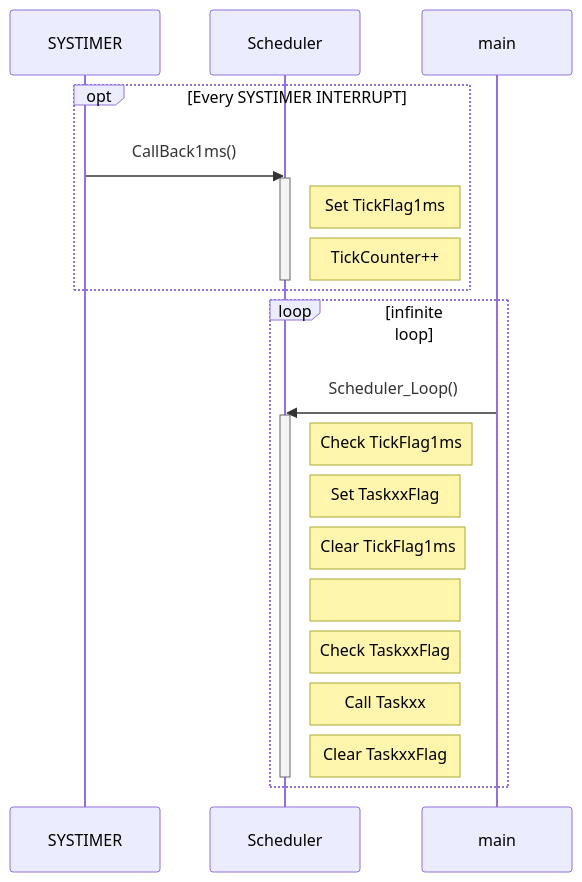
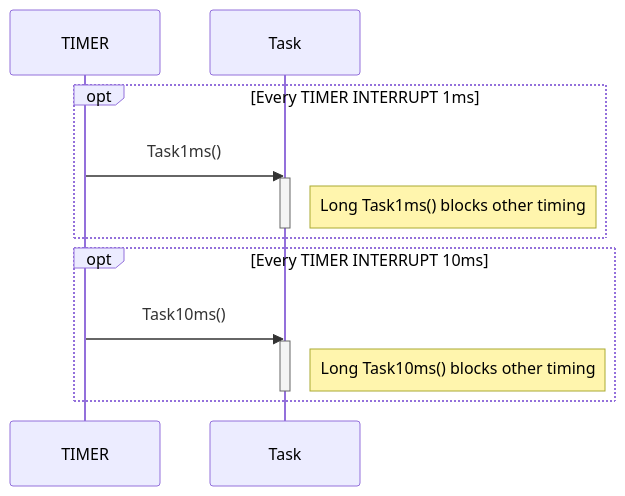
Before and after one commit to realsosy/InfineonRacer: the second of 4 diagrams in docs/MultipleInfiniteLoops.md, drawn with Mermaid. The commit also changed other lines of this file, not shown here.

Commit message:
Update MultipleInfiniteLoops

````diff
--- a/docs/MultipleInfiniteLoops.md
+++ b/docs/MultipleInfiniteLoops.md
@@ -79,22 +103,15 @@
 ```mermaid
 sequenceDiagram
-	opt Every SYSTIMER INTERRUPT
-		SYSTIMER ->> Scheduler: CallBack1ms()
-		activate Scheduler
-		Note right of Scheduler: Set TickFlag1ms
-		Note right of Scheduler: TickCounter++		
-		deactivate Scheduler
+	opt Every TIMER INTERRUPT 1ms
+		TIMER ->> Task: Task1ms()
+		activate Task
+		Note right of Task: Long Task1ms() blocks other timing		
+		deactivate Task
 	end
-	loop infinite loop
-		main ->> Scheduler: Scheduler_Loop()
-		activate Scheduler
-		Note right of Scheduler: Check TickFlag1ms
-		Note right of Scheduler: Set TaskxxFlag
-		Note right of Scheduler: Clear TickFlag1ms
-		Note right of Scheduler:  		
-		Note right of Scheduler: Check TaskxxFlag 		
-		Note right of Scheduler: Call Taskxx 		
-		Note right of Scheduler: Clear TaskxxFlag 		
-		deactivate Scheduler
+	opt Every TIMER INTERRUPT 10ms
+		TIMER ->> Task: Task10ms()
+		activate Task
+		Note right of Task: Long Task10ms() blocks other timing		
+		deactivate Task
 	end
 ```
````
